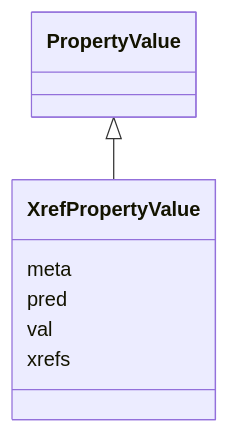
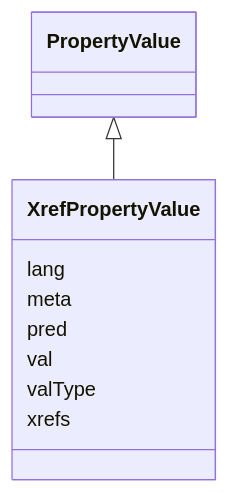
The diagram in obograph/XrefPropertyValue.md (INCATools/ontology-access-kit), drawn with Mermaid before and after one commit. The commit also changed other lines of this file and 697 other files, not shown here.

````diff
--- a/obograph/XrefPropertyValue.md
+++ b/obograph/XrefPropertyValue.md
@@ -11,11 +11,13 @@
 ```{mermaid}
  classDiagram
     class XrefPropertyValue
       PropertyValue <|-- XrefPropertyValue
       
+      XrefPropertyValue : lang
       XrefPropertyValue : meta
       XrefPropertyValue : pred
       XrefPropertyValue : val
+      XrefPropertyValue : valType
       XrefPropertyValue : xrefs
       
 ```
````
